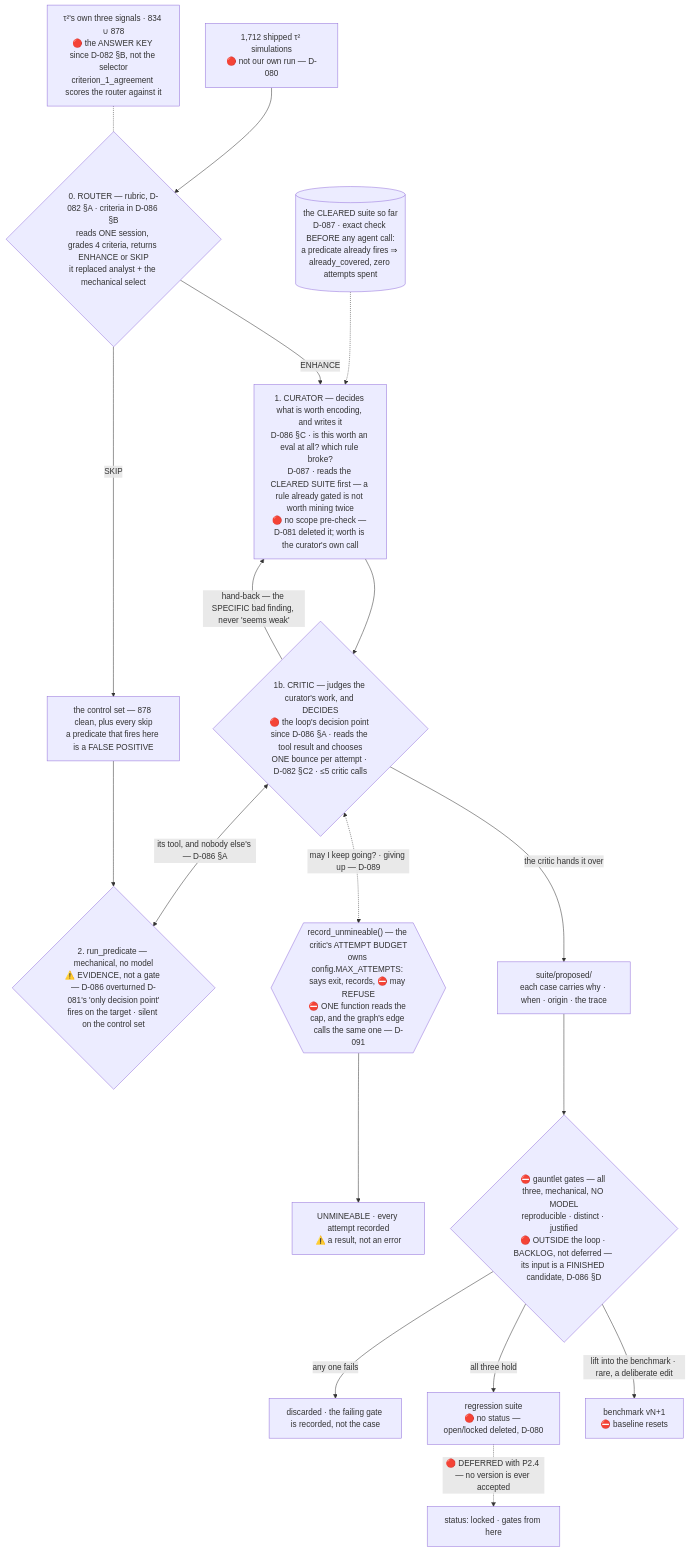
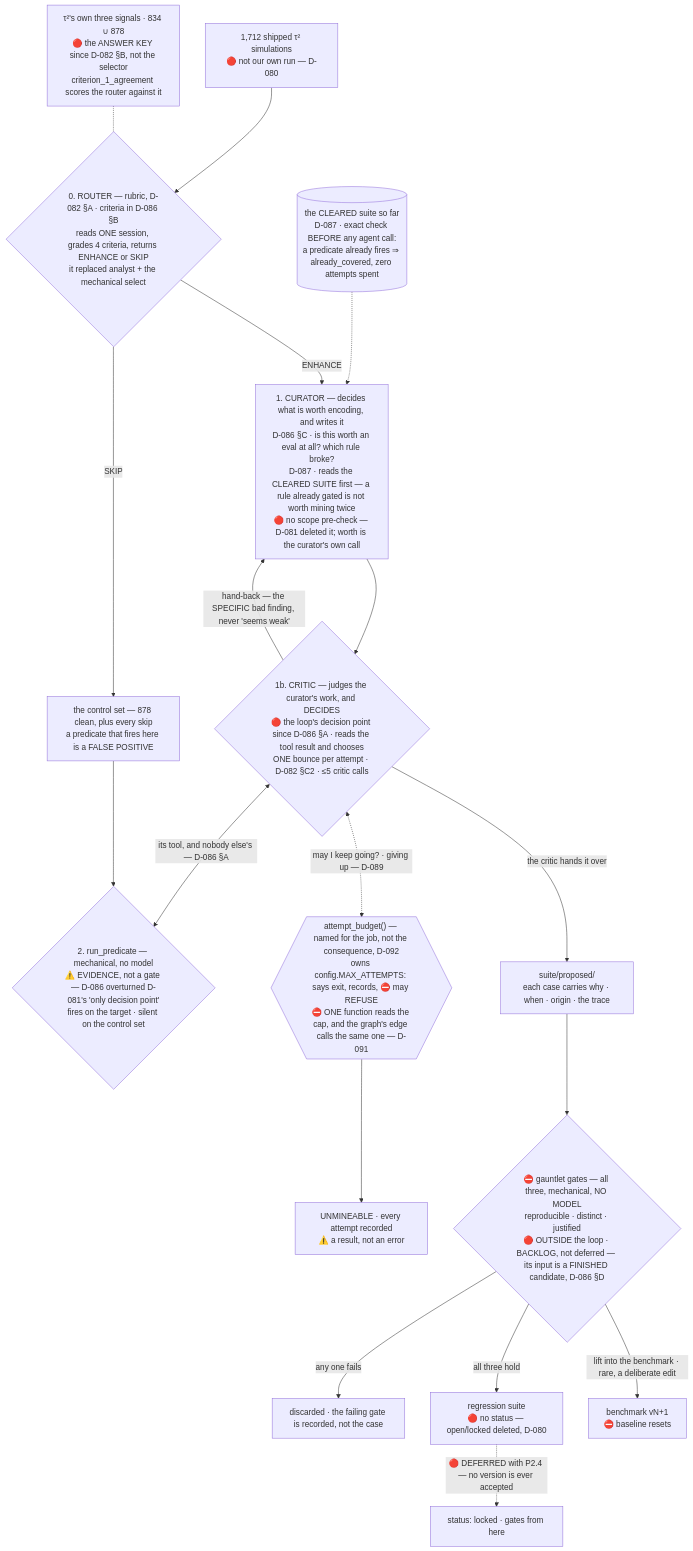
The diagram in docs/02-gates.md (sandeepyadav1478/touchstone), drawn with Mermaid before and after one commit. The commit also changed other lines of this file and 6 other files, not shown here.

First line of the commit message:
D-092: record_unmineable -> attempt_budget

````diff
--- a/docs/02-gates.md
+++ b/docs/02-gates.md
@@ -365,20 +365,20 @@
 ```mermaid
 flowchart TB
   SUITE0[("the CLEARED suite so far<br/>D-087 · exact check BEFORE any agent call:<br/>a predicate already fires ⇒ already_covered, zero attempts spent")] -.-> TRANS
   SCORE["1,712 shipped τ² simulations<br/>🔴 not our own run — D-080"] --> ROUTER{"0. ROUTER — rubric, D-082 §A · criteria in D-086 §B<br/>reads ONE session, grades 4 criteria, returns ENHANCE or SKIP<br/>it replaced analyst + the mechanical select"}
   ROUTER -->|SKIP| CLEAN["the control set — 878 clean, plus every skip<br/>a predicate that fires here is a FALSE POSITIVE"]
   KEY["τ²'s own three signals · 834 ∪ 878<br/>🔴 the ANSWER KEY since D-082 §B, not the selector<br/>criterion_1_agreement scores the router against it"] -.- ROUTER
   ROUTER -->|ENHANCE| TRANS["1. CURATOR — decides what is worth encoding, and writes it<br/>D-086 §C · is this worth an eval at all? which rule broke?<br/>D-087 · reads the CLEARED SUITE first — a rule already gated is not worth mining twice<br/>🔴 no scope pre-check — D-081 deleted it; worth is the curator's own call"]
   TRANS --> CRIT{"1b. CRITIC — judges the curator's work, and DECIDES<br/>🔴 the loop's decision point since D-086 §A · reads the tool result and chooses<br/>ONE bounce per attempt · D-082 §C2 · ≤5 critic calls"}
   CRIT <-->|"its tool, and nobody else's — D-086 §A"| TEST{"2. run_predicate — mechanical, no model<br/>⚠️ EVIDENCE, not a gate — D-086 overturned D-081's 'only decision point'<br/>fires on the target · silent on the control set"}
   CLEAN --> TEST
   CRIT -->|"hand-back — the SPECIFIC bad finding, never 'seems weak'"| TRANS
-  CRIT <-.->|"may I keep going? · giving up — D-089"| REC{{"record_unmineable() — the critic's ATTEMPT BUDGET<br/>owns config.MAX_ATTEMPTS: says exit, records, ⛔ may REFUSE<br/>⛔ ONE function reads the cap, and the graph's edge calls the same one — D-091"}}
-  REC --> UNM["UNMINEABLE · every attempt recorded<br/>⚠️ a result, not an error"]
+  CRIT <-.->|"may I keep going? · giving up — D-089"| BUDGET{{"attempt_budget() — named for the job, not the consequence, D-092<br/>owns config.MAX_ATTEMPTS: says exit, records, ⛔ may REFUSE<br/>⛔ ONE function reads the cap, and the graph's edge calls the same one — D-091"}}
+  BUDGET --> UNM["UNMINEABLE · every attempt recorded<br/>⚠️ a result, not an error"]
   CRIT -->|"the critic hands it over"| PROP["suite/proposed/<br/>each case carries why · when · origin · the trace"]
   PROP --> GAUNTLET{"⛔ gauntlet gates — all three, mechanical, NO MODEL<br/>reproducible · distinct · justified<br/>🔴 OUTSIDE the loop · BACKLOG, not deferred — its input is a FINISHED candidate, D-086 §D"}
   GAUNTLET -->|any one fails| DROP["discarded · the failing gate is recorded, not the case"]
   GAUNTLET -->|all three hold| REG["regression suite<br/>🔴 no status — open/locked deleted, D-080"]
   REG -.->|"🔴 DEFERRED with P2.4 — no version is ever accepted"| LOCK["status: locked · gates from here"]
   GAUNTLET -->|"lift into the benchmark · rare, a deliberate edit"| BENCH["benchmark vN+1<br/>⛔ baseline resets"]
 ```
````
